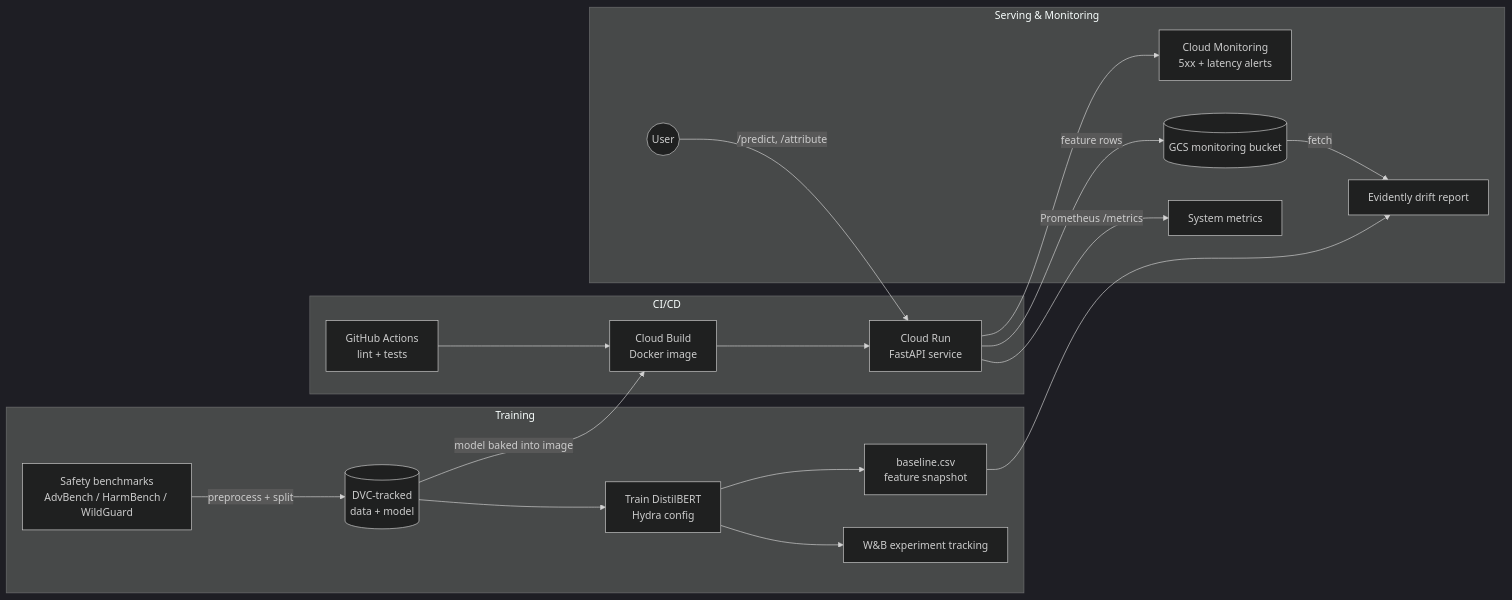
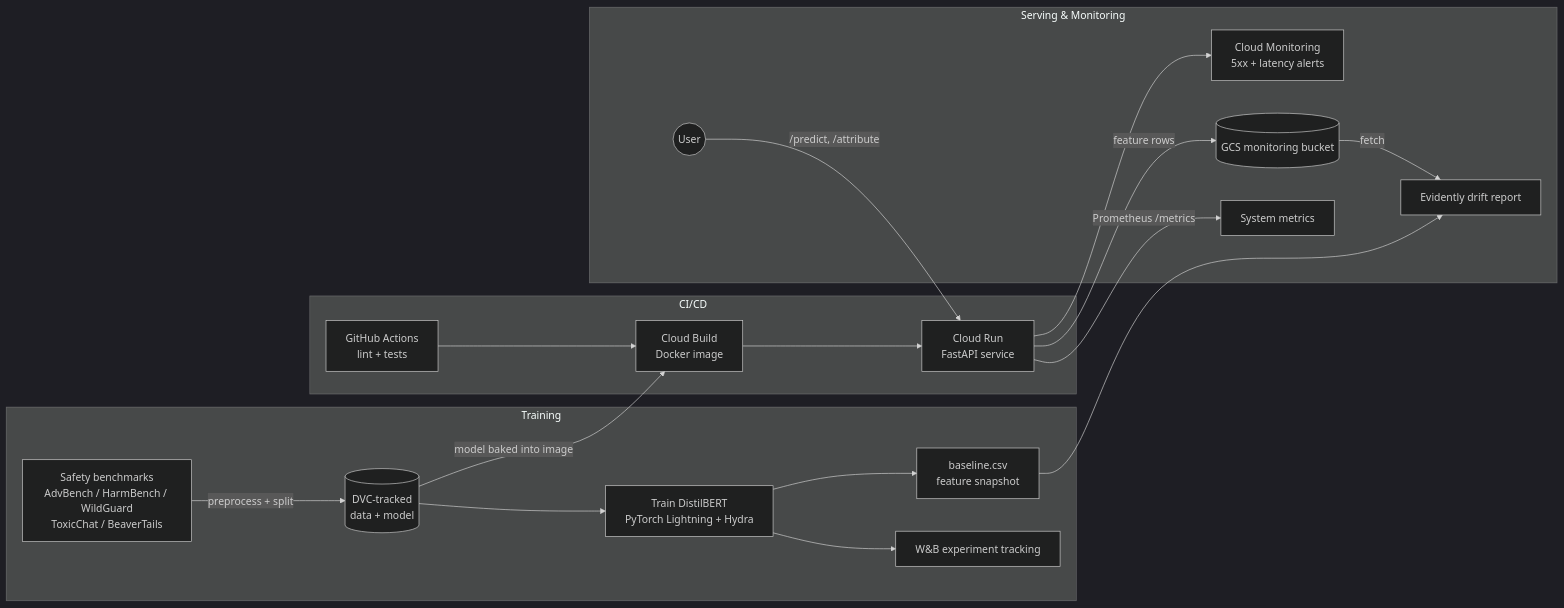
The diagram in README.md (ssophiee/shapiq-prompt-risk-attribution), drawn with Mermaid (dark theme) before and after one commit. The commit also changed other lines of this file, not shown here.

````diff
--- a/README.md
+++ b/README.md
@@ -32,25 +46,25 @@
 ```mermaid
 flowchart LR
     subgraph Training
-        RAW[Safety benchmarks<br/>AdvBench / HarmBench / WildGuard] -->|preprocess + split| DVC[(DVC-tracked<br/>data + model)]
-        DVC --> TRAIN[Train DistilBERT<br/>Hydra config]
+        RAW[Safety benchmarks<br/>AdvBench / HarmBench / WildGuard<br/>ToxicChat / BeaverTails] -->|preprocess + split| DVC[(DVC-tracked<br/>data + model)]
+        DVC --> TRAIN[Train DistilBERT<br/>PyTorch Lightning + Hydra]
         TRAIN --> WANDB[W&B experiment tracking]
         TRAIN --> BASE[baseline.csv<br/>feature snapshot]
     end
 
     subgraph CI/CD
         GH[GitHub Actions<br/>lint + tests] --> BUILD[Cloud Build<br/>Docker image]
         BUILD --> RUN[Cloud Run<br/>FastAPI service]
     end
 
     DVC -->|model baked into image| BUILD
 
     subgraph Serving & Monitoring
         USER((User)) -->|/predict, /attribute| RUN
         RUN -->|Prometheus /metrics| METRICS[System metrics]
         RUN -->|feature rows| GCS[(GCS monitoring bucket)]
         RUN --> CM[Cloud Monitoring<br/>5xx + latency alerts]
         GCS -->|fetch| EV[Evidently drift report]
         BASE --> EV
     end
 ```
````
